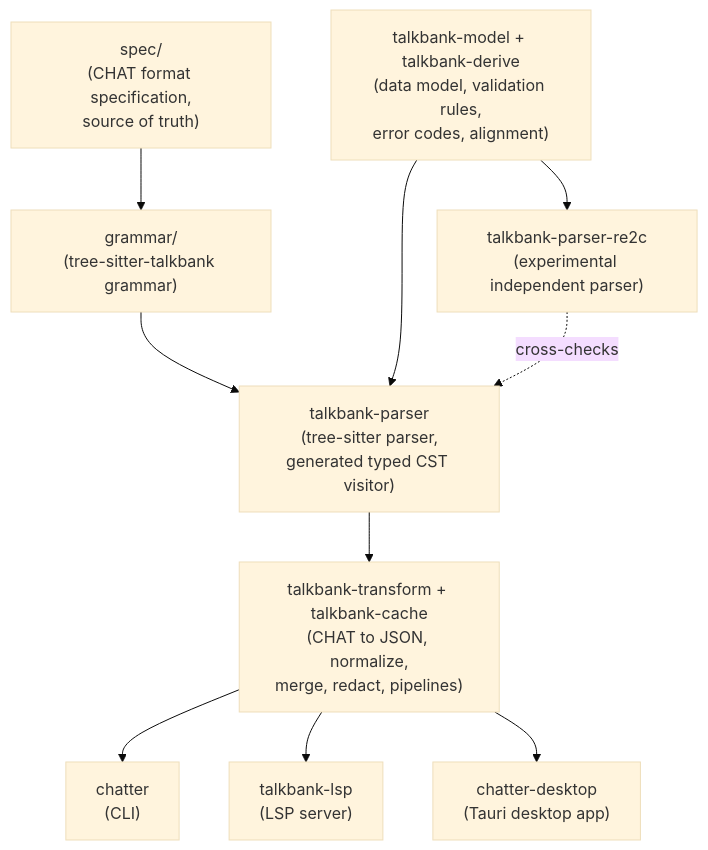
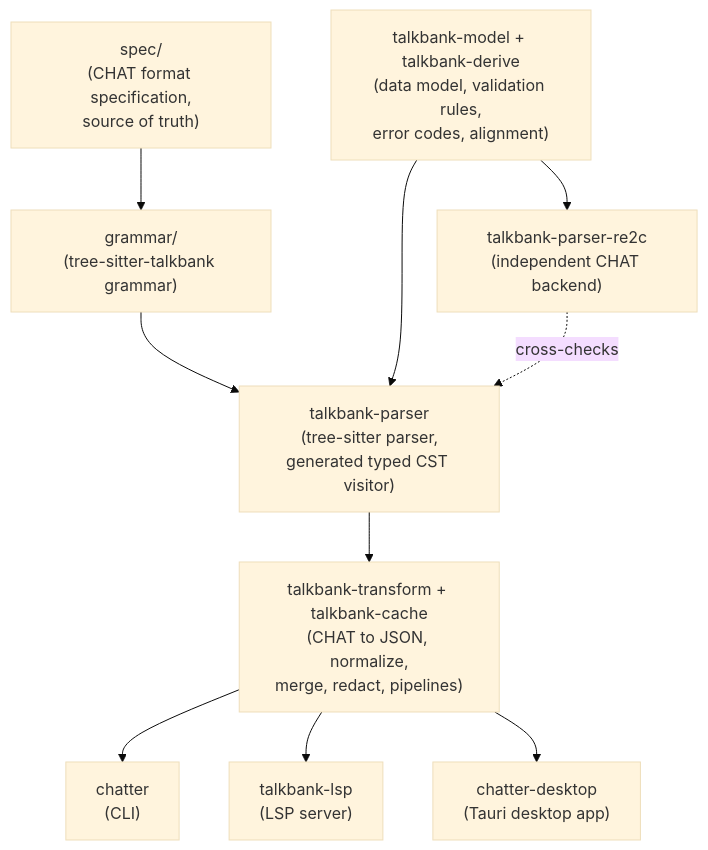
Before and after one commit to TalkBank/chatter: the diagram in README.md, drawn with Mermaid (base theme). The commit also changed other lines of this file and 1443 other files, not shown here.

````diff
--- a/README.md
+++ b/README.md
@@ -176,22 +176,22 @@
 ```mermaid
 flowchart TD
     spec["spec/\n(CHAT format specification,\nsource of truth)"]
     grammar["grammar/\n(tree-sitter-talkbank grammar)"]
     parser["talkbank-parser\n(tree-sitter parser,\ngenerated typed CST visitor)"]
-    re2c["talkbank-parser-re2c\n(experimental independent parser)"]
+    re2c["talkbank-parser-re2c\n(independent CHAT backend)"]
     model["talkbank-model + talkbank-derive\n(data model, validation rules,\nerror codes, alignment)"]
     transform["talkbank-transform + talkbank-cache\n(CHAT to JSON, normalize,\nmerge, redact, pipelines)"]
     cli["chatter\n(CLI)"]
     lsp["talkbank-lsp\n(LSP server)"]
     desktop["chatter-desktop\n(Tauri desktop app)"]
 
     spec --> grammar
     grammar --> parser
     model --> parser
     model --> re2c
     parser --> transform
     re2c -. "cross-checks" .-> parser
     transform --> cli
     transform --> lsp
     transform --> desktop
 ```
````
